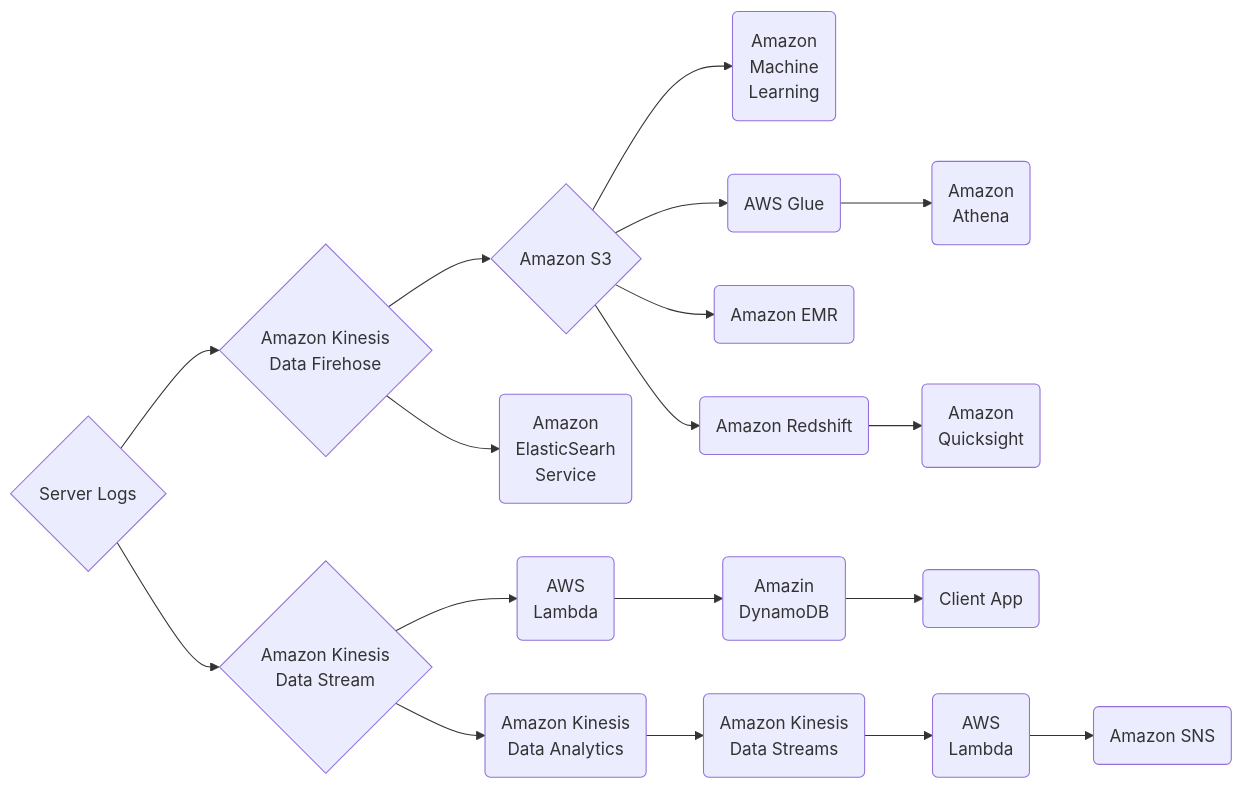
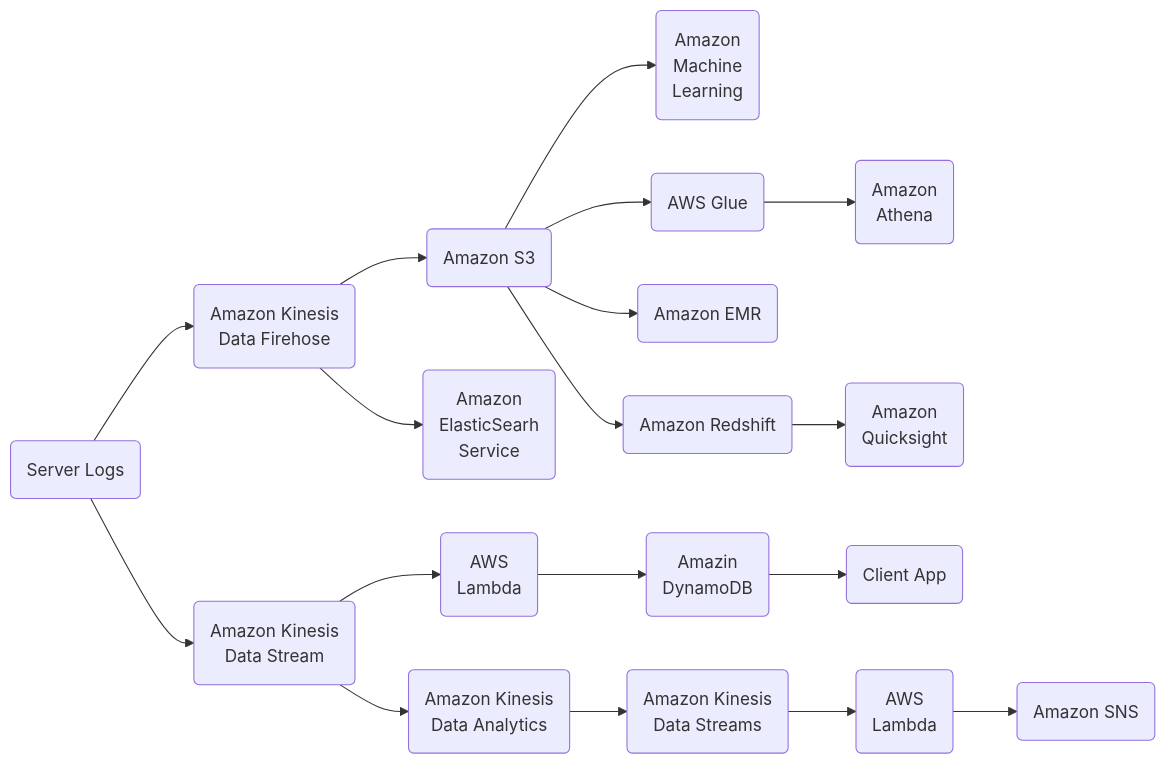
One commit to mariotalavera/aws_big_data_cert changed the seventh of 7 diagrams in demo_app_for_class.md. Above: the diagram before and after it, drawn with Mermaid. The commit also changed other lines of this file and 3 other files, not shown here.

````diff
--- a/demo_app_for_class.md
+++ b/demo_app_for_class.md
@@ -54,18 +54,18 @@
 ```mermaid
 graph LR
-a{Server Logs}
+a(Server Logs)
 
-a --> b{Amazon Kinesis<br> Data Firehose}
-a --> c{Amazon Kinesis<br> Data Stream}
+a --> b(Amazon Kinesis<br> Data Firehose)
+a --> c(Amazon Kinesis<br> Data Stream)
 
-b --> b2{Amazon S3}
+b --> b2(Amazon S3)
 b --> b1(Amazon<br> ElasticSearh<br> Service)
 
 b2 --> b3(Amazon<br> Machine<br> Learning)
 b2 --> b4(AWS Glue) --> b5(Amazon<br> Athena)
 b2 --> b6(Amazon EMR)
 b2 --> b7(Amazon Redshift) --> b8(Amazon<br> Quicksight)
 
 c --> d(AWS<br> Lambda) --> f(Amazin<br> DynamoDB) --> g(Client App)
 c --> e(Amazon Kinesis<br> Data Analytics) --> h(Amazon Kinesis<br> Data Streams) --> i(AWS<br> Lambda) --> j(Amazon SNS)
 ```
````
